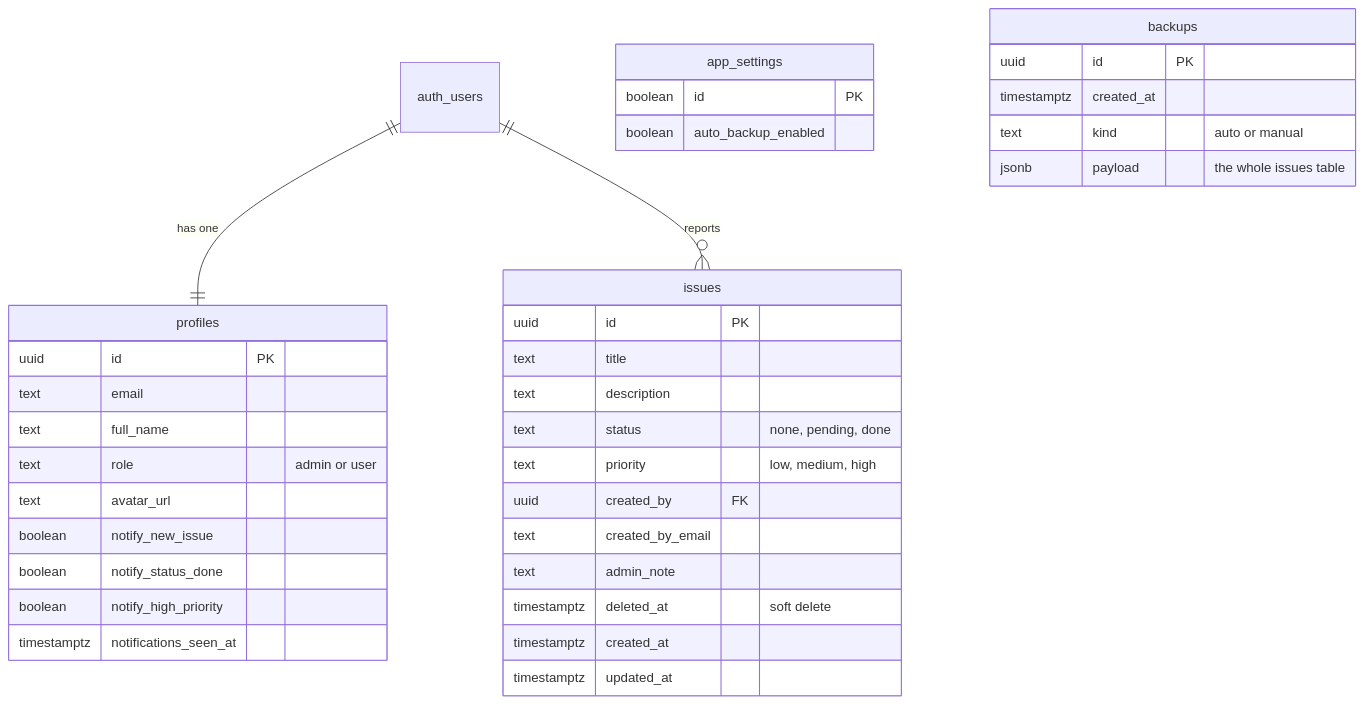
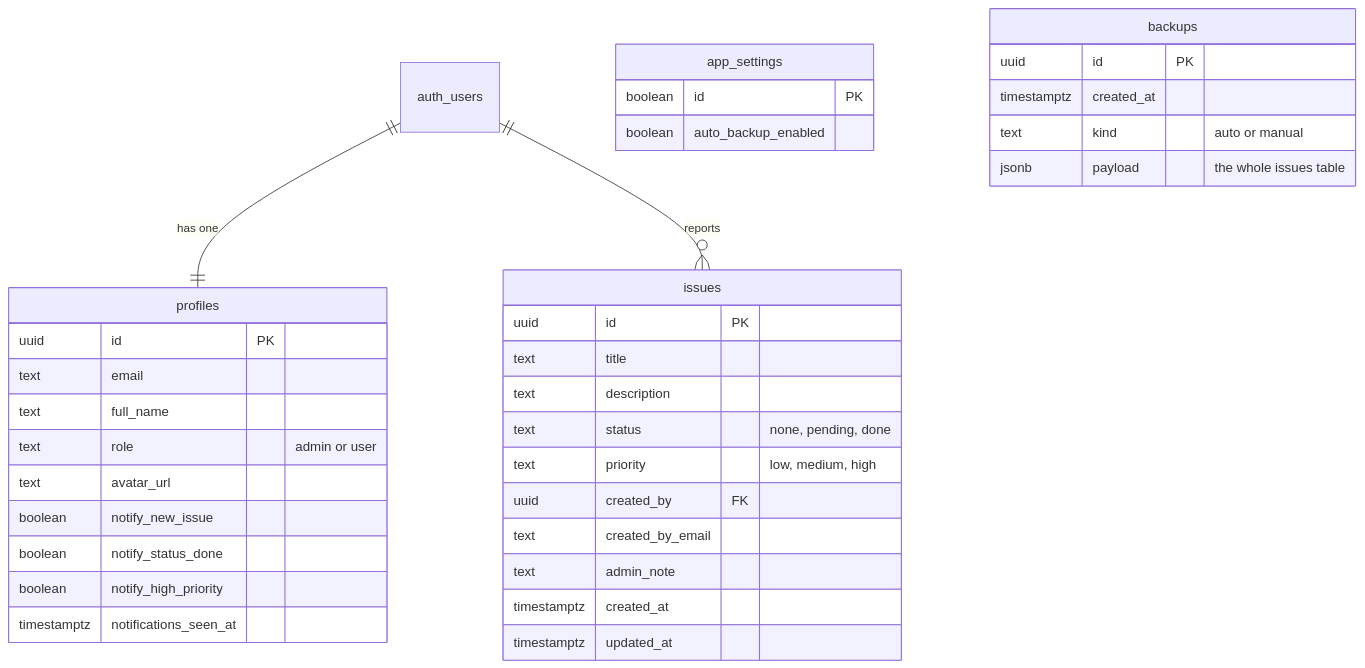
Before and after one commit to syasyaAlya/issueTrackers: the third of 19 diagrams in docs/FLOWCHARTS.md, drawn with Mermaid. The commit also changed other lines of this file and 3 other files, not shown here.

````diff
--- a/docs/FLOWCHARTS.md
+++ b/docs/FLOWCHARTS.md
@@ -38,43 +38,42 @@
 ```mermaid
 erDiagram
     auth_users ||--|| profiles : "has one"
     auth_users ||--o{ issues : "reports"
 
     profiles {
         uuid id PK
         text email
         text full_name
         text role "admin or user"
         text avatar_url
         boolean notify_new_issue
         boolean notify_status_done
         boolean notify_high_priority
         timestamptz notifications_seen_at
     }
 
     issues {
         uuid id PK
         text title
         text description
         text status "none, pending, done"
         text priority "low, medium, high"
         uuid created_by FK
         text created_by_email
         text admin_note
-        timestamptz deleted_at "soft delete"
         timestamptz created_at
         timestamptz updated_at
     }
 
     app_settings {
         boolean id PK
         boolean auto_backup_enabled
     }
 
     backups {
         uuid id PK
         timestamptz created_at
         text kind "auto or manual"
         jsonb payload "the whole issues table"
     }
 ```
````
